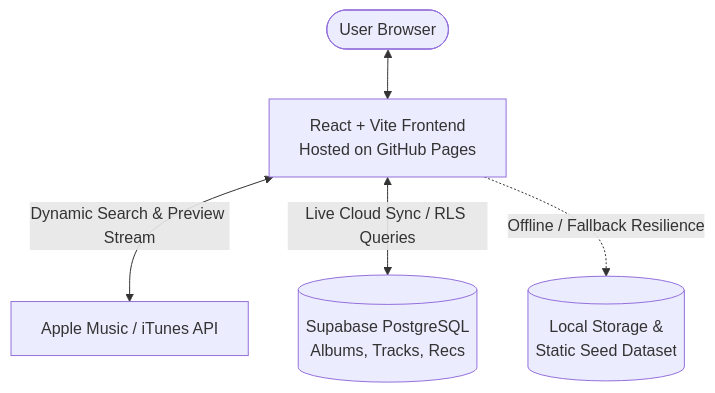
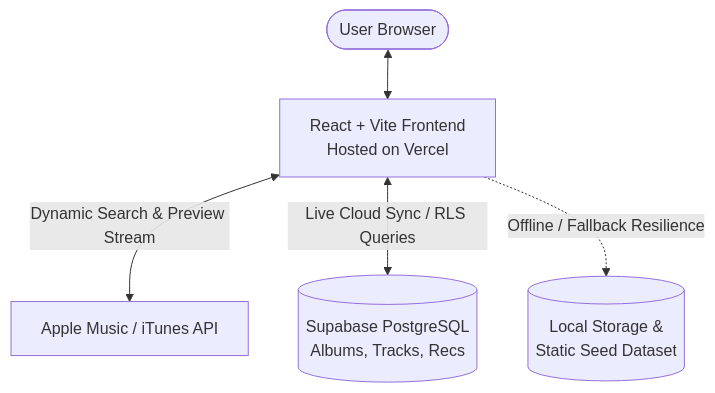
One commit to Haruuowo/CityPopDiscography-APSI changed the diagram in README.md. Above: the diagram before and after it, drawn with Mermaid. The commit also changed other lines of this file, not shown here.

Commit message:
docs: update README deployment instructions and architecture for Vercel

````diff
--- a/README.md
+++ b/README.md
@@ -144,7 +148,7 @@
 ```mermaid
 graph TD
-    User([User Browser]) <--> ReactClient[React + Vite Frontend\nHosted on GitHub Pages]
+    User([User Browser]) <--> ReactClient[React + Vite Frontend\nHosted on Vercel]
     ReactClient <-->|Dynamic Search & Preview Stream| iTunesAPI[Apple Music / iTunes API]
     ReactClient <-->|Live Cloud Sync / RLS Queries| SupabasePG[(Supabase PostgreSQL\nAlbums, Tracks, Recs)]
     ReactClient -.->|Offline / Fallback Resilience| LocalStore[(Local Storage &\nStatic Seed Dataset)]
 ```
````
